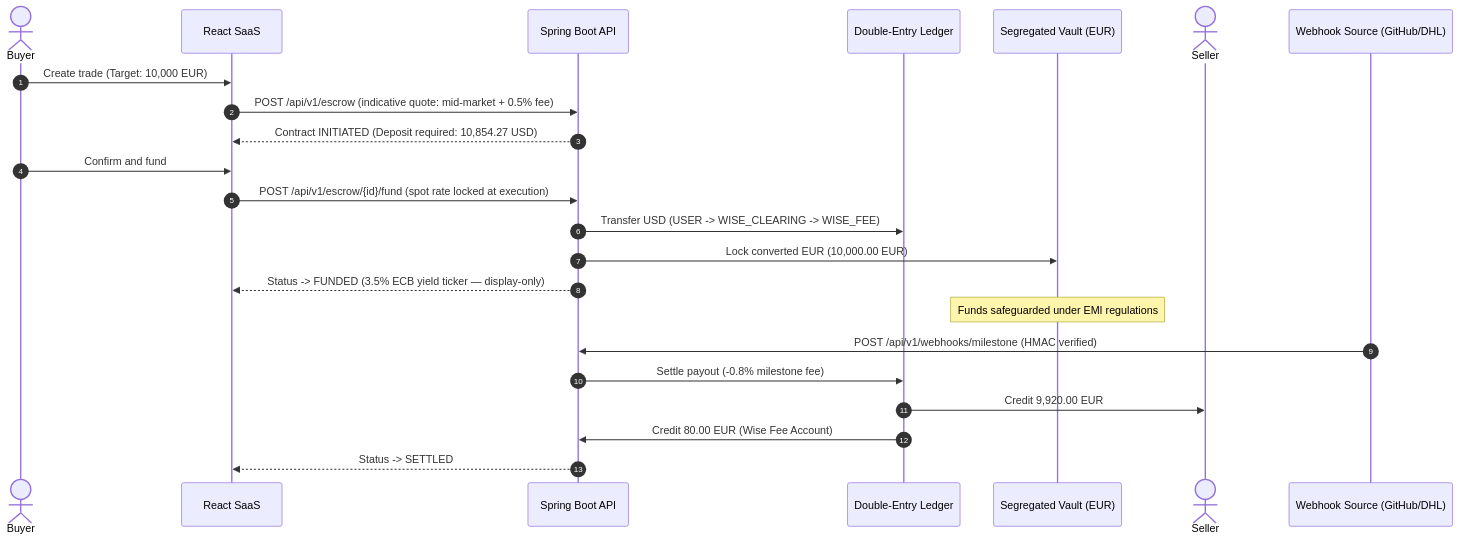
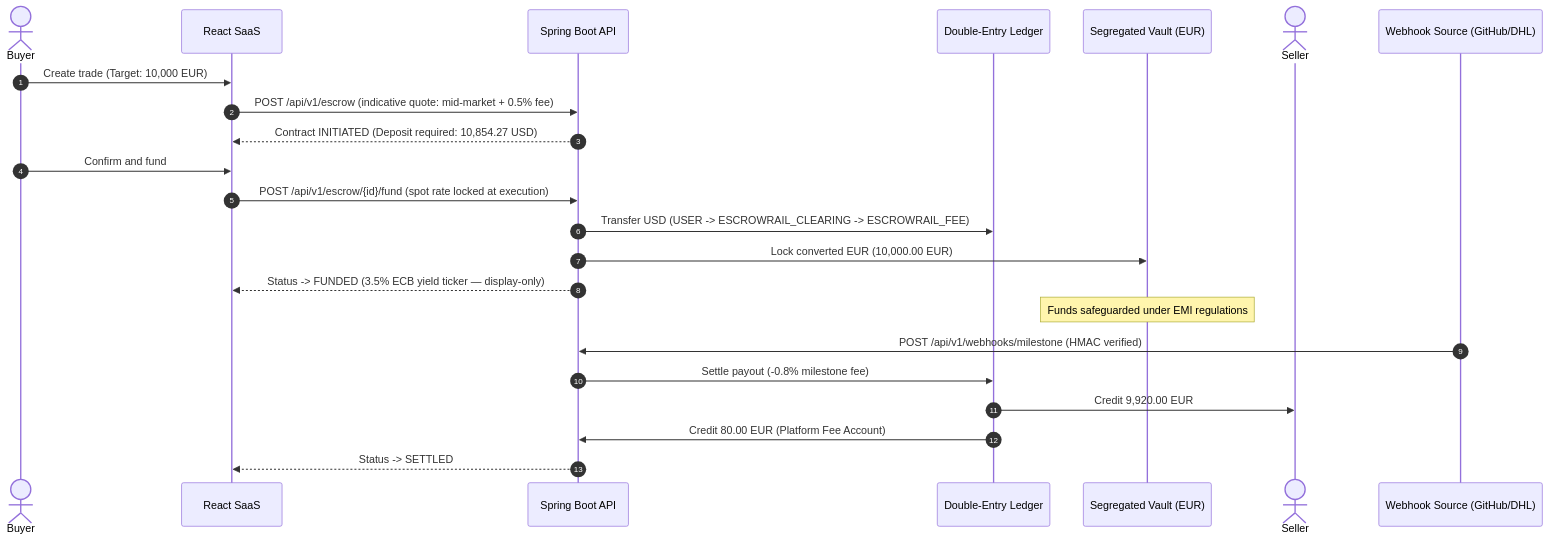
One commit to unnobatroo/escrowrail changed the first of 2 diagrams in README.md. Above: the diagram before and after it, drawn with Mermaid. The commit also changed other lines of this file and 276 other files, not shown here.

````diff
--- a/README.md
+++ b/README.md
@@ -49,26 +49,26 @@
 ```mermaid
 sequenceDiagram
     autonumber
     actor Buyer
     participant UI as React SaaS
     participant API as Spring Boot API
     participant Ledger as Double-Entry Ledger
     participant Vault as Segregated Vault (EUR)
     actor Seller
     participant Ingress as Webhook Source (GitHub/DHL)
 
     Buyer->>UI: Create trade (Target: 10,000 EUR)
     UI->>API: POST /api/v1/escrow (indicative quote: mid-market + 0.5% fee)
     API-->>UI: Contract INITIATED (Deposit required: 10,854.27 USD)
     Buyer->>UI: Confirm and fund
     UI->>API: POST /api/v1/escrow/{id}/fund (spot rate locked at execution)
-    API->>Ledger: Transfer USD (USER -> WISE_CLEARING -> WISE_FEE)
+    API->>Ledger: Transfer USD (USER -> ESCROWRAIL_CLEARING -> ESCROWRAIL_FEE)
     API->>Vault: Lock converted EUR (10,000.00 EUR)
     API-->>UI: Status -> FUNDED (3.5% ECB yield ticker — display-only)
     Note over Vault: Funds safeguarded under EMI regulations
     Ingress->>API: POST /api/v1/webhooks/milestone (HMAC verified)
     API->>Ledger: Settle payout (-0.8% milestone fee)
     Ledger->>Seller: Credit 9,920.00 EUR
-    Ledger->>API: Credit 80.00 EUR (Wise Fee Account)
+    Ledger->>API: Credit 80.00 EUR (Platform Fee Account)
     API-->>UI: Status -> SETTLED
 ```
````
